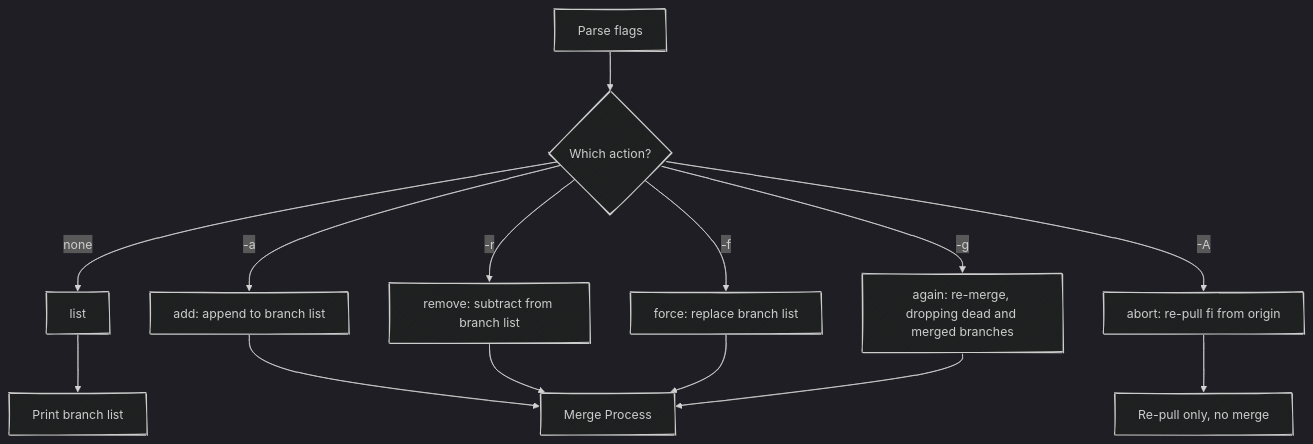
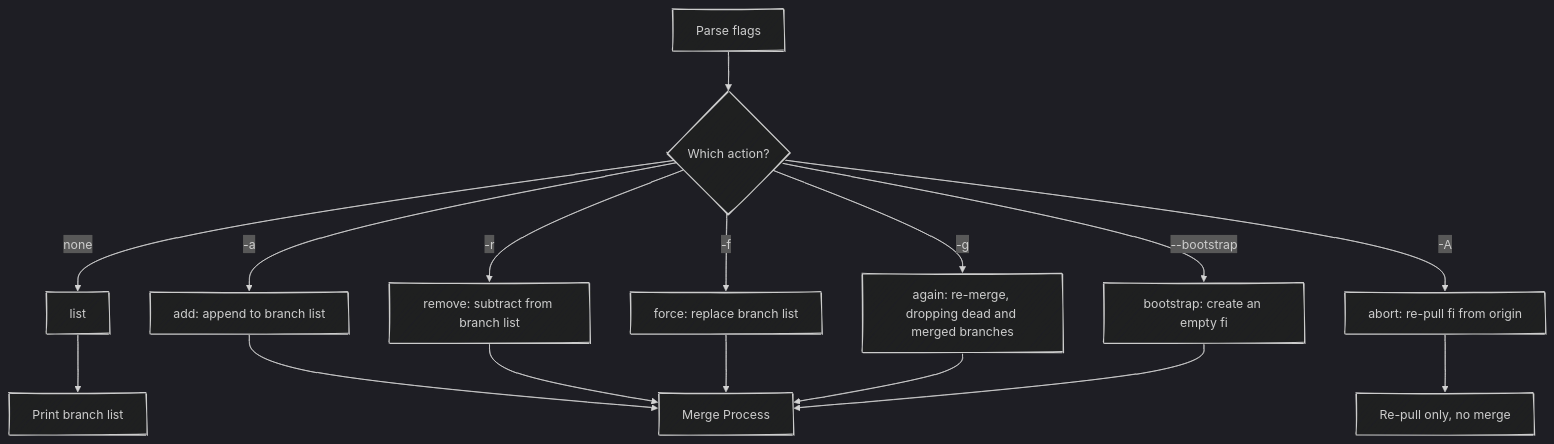
One commit to gettyimages/git-fi changed the diagram in docs/advanced.md. Above: the diagram before and after it, drawn with Mermaid (dark theme). The commit also changed other lines of this file and 16 other files, not shown here.

First line of the commit message:
Add --bootstrap to create an empty fi

````diff
--- a/docs/advanced.md
+++ b/docs/advanced.md
@@ -87,17 +97,19 @@
 ```mermaid
 %%{ init: { 'look': 'handDrawn' } }%%
 flowchart TD
   A[Parse flags] --> B{Which action?}
   B -- none --> L[list]
   B -- -a --> ADD[add: append to branch list]
   B -- -r --> REM[remove: subtract from branch list]
   B -- -f --> FRC[force: replace branch list]
   B -- -g --> AGN[again: re-merge, dropping dead and merged branches]
   B -- -A --> ABT[abort: re-pull fi from origin]
+  B -->|"--bootstrap"| BOOT[bootstrap: create an empty fi]
   ADD --> M[Merge Process]
   REM --> M
   FRC --> M
   AGN --> M
+  BOOT --> M
   L --> OUT[Print branch list]
   ABT --> OUT2[Re-pull only, no merge]
 ```
````
